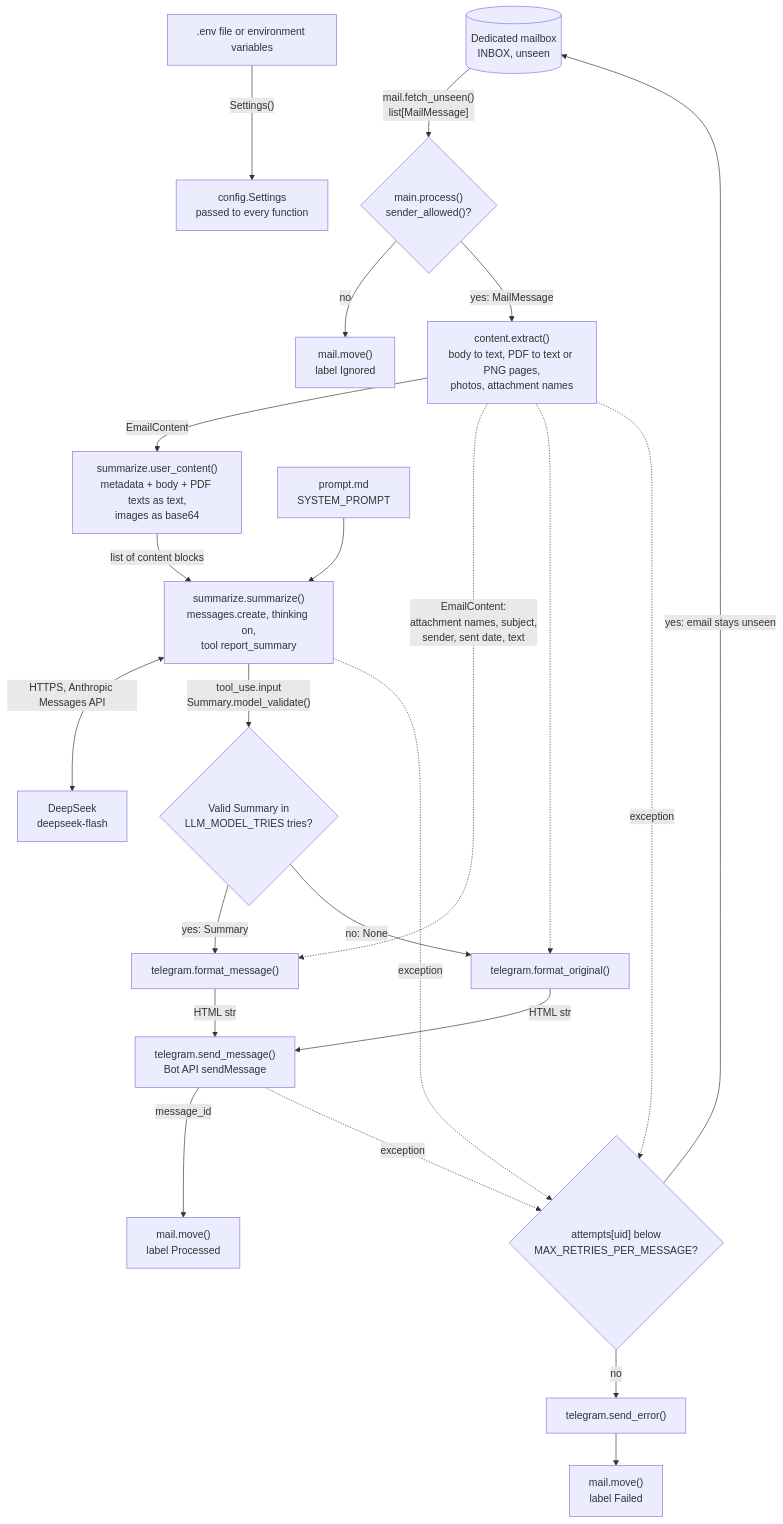
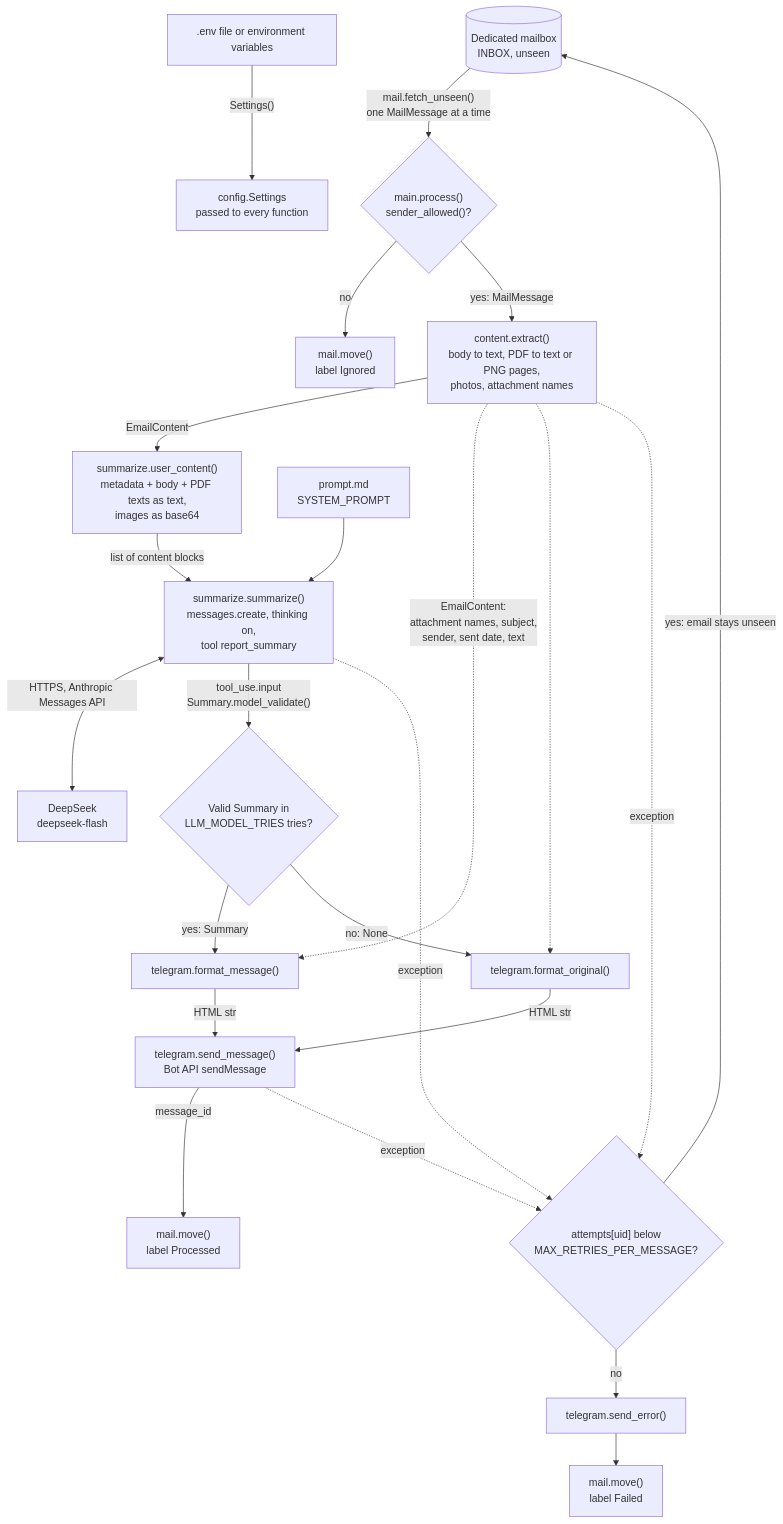
The second of 4 diagrams in docs/code/README.md (DeV1L/kindergarten-email-checker), drawn with Mermaid before and after one commit. The commit also changed other lines of this file and 19 other files, not shown here.

First line of the commit message:
Architectural review (#10)

````diff
--- a/docs/code/README.md
+++ b/docs/code/README.md
@@ -63,26 +63,26 @@
 ```mermaid
 flowchart TD
     ENV[".env file or environment variables"] -->|"Settings()"| S["config.Settings<br/>passed to every function"]
 
-    G[("Dedicated mailbox<br/>INBOX, unseen")] -->|"mail.fetch_unseen()<br/>list[MailMessage]"| P{"main.process()<br/>sender_allowed()?"}
+    G[("Dedicated mailbox<br/>INBOX, unseen")] -->|"mail.fetch_unseen()<br/>one MailMessage at a time"| P{"main.process()<br/>sender_allowed()?"}
     P -->|no| IG["mail.move()<br/>label Ignored"]
     P -->|"yes: MailMessage"| X["content.extract()<br/>body to text, PDF to text or PNG pages,<br/>photos, attachment names"]
     X -->|EmailContent| U["summarize.user_content()<br/>metadata + body + PDF texts as text,<br/>images as base64"]
     PR["prompt.md<br/>SYSTEM_PROMPT"] --> M
     U -->|"list of content blocks"| M["summarize.summarize()<br/>messages.create, thinking on,<br/>tool report_summary"]
     M <-->|"HTTPS, Anthropic Messages API"| D["DeepSeek<br/>deepseek-flash"]
     M -->|"tool_use.input<br/>Summary.model_validate()"| V{"Valid Summary in<br/>LLM_MODEL_TRIES tries?"}
     V -->|"yes: Summary"| FM["telegram.format_message()"]
     V -->|"no: None"| FO["telegram.format_original()"]
     X -.->|"EmailContent:<br/>attachment names, subject,<br/>sender, sent date, text"| FM
     X -.-> FO
     FM -->|"HTML str"| SM["telegram.send_message()<br/>Bot API sendMessage"]
     FO -->|"HTML str"| SM
     SM -->|message_id| PRC["mail.move()<br/>label Processed"]
 
     X -. exception .-> ERR{"attempts[uid] below<br/>MAX_RETRIES_PER_MESSAGE?"}
     M -. exception .-> ERR
     SM -. exception .-> ERR
     ERR -->|"yes: email stays unseen"| G
     ERR -->|no| SE["telegram.send_error()"] --> FL["mail.move()<br/>label Failed"]
 ```
````
